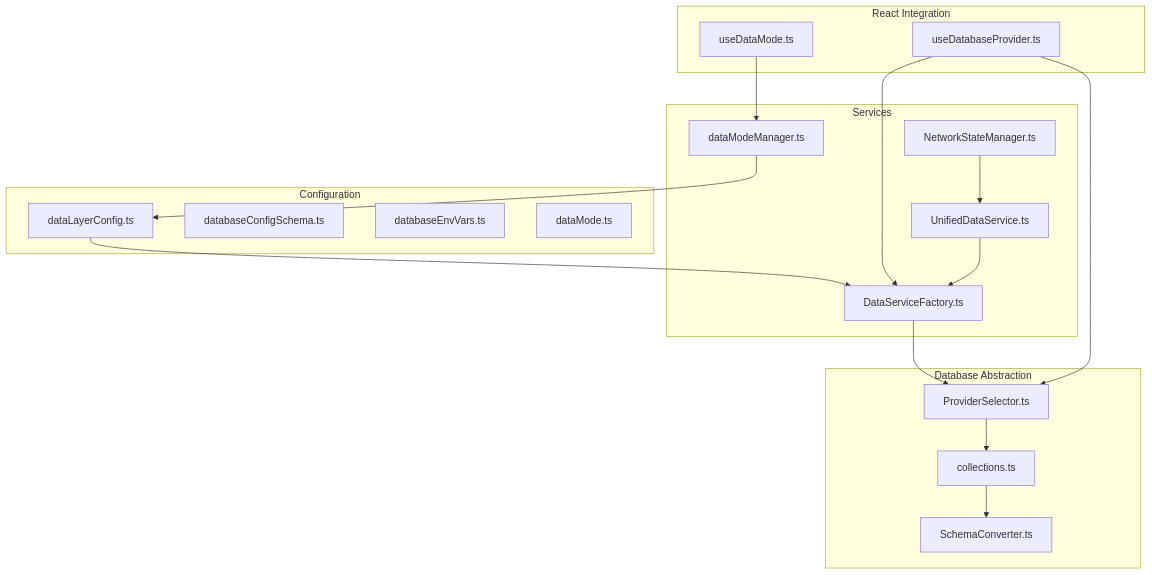
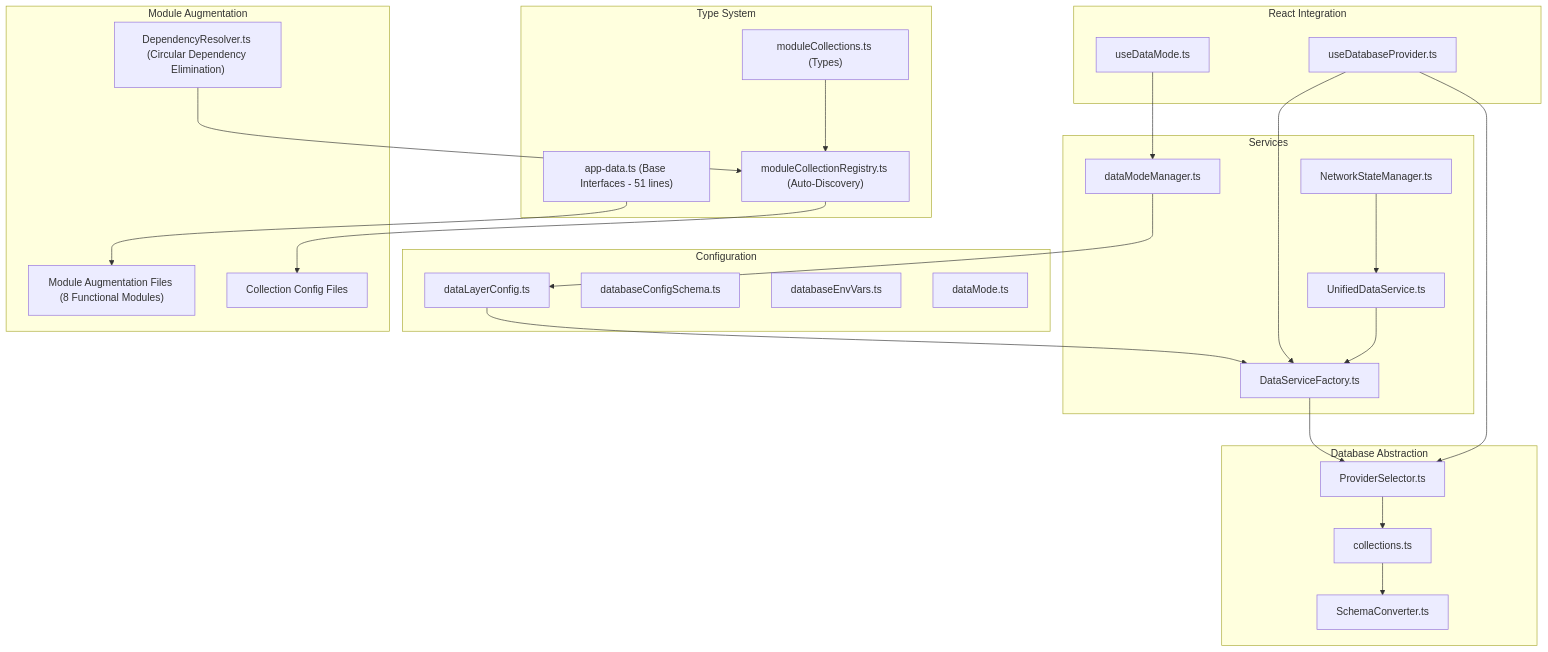
Before and after one commit to geniusdynamics/schoolpilot: the first of 14 diagrams in .qoder/repowiki/en/content/Data Layer/Data Layer.md, drawn with Mermaid. The commit also changed other lines of this file and 54 other files, not shown here.

````diff
--- a/.qoder/repowiki/en/content/Data Layer/Data Layer.md
+++ b/.qoder/repowiki/en/content/Data Layer/Data Layer.md
@@ -42,34 +67,48 @@
 ```mermaid
 graph TB
 subgraph "Configuration"
 A["dataLayerConfig.ts"]
 B["databaseConfigSchema.ts"]
 C["databaseEnvVars.ts"]
 D["dataMode.ts"]
 end
+subgraph "Type System"
+E["app-data.ts (Base Interfaces - 51 lines)"]
+F["moduleCollections.ts (Types)"]
+G["moduleCollectionRegistry.ts (Auto-Discovery)"]
+end
 subgraph "React Integration"
-E["useDatabaseProvider.ts"]
-F["useDataMode.ts"]
+H["useDatabaseProvider.ts"]
+I["useDataMode.ts"]
 end
 subgraph "Services"
-G["UnifiedDataService.ts"]
-H["DataServiceFactory.ts"]
-I["dataModeManager.ts"]
-J["NetworkStateManager.ts"]
+J["UnifiedDataService.ts"]
+K["DataServiceFactory.ts"]
+L["dataModeManager.ts"]
+M["NetworkStateManager.ts"]
 end
 subgraph "Database Abstraction"
-K["ProviderSelector.ts"]
-L["collections.ts"]
-M["SchemaConverter.ts"]
+N["ProviderSelector.ts"]
+O["collections.ts"]
+P["SchemaConverter.ts"]
 end
-A --> H
+subgraph "Module Augmentation"
+Q["Module Augmentation Files (8 Functional Modules)"]
+R["Collection Config Files"]
+S["DependencyResolver.ts (Circular Dependency Elimination)"]
+end
+A --> K
+K --> N
+N --> O
+O --> P
+E --> Q
+F --> G
+G --> R
 H --> K
-K --> L
-L --> M
-E --> H
-E --> K
-F --> I
-G --> H
-I --> A
-J --> G
+H --> N
+I --> L
+J --> K
+L --> A
+M --> J
+S --> G
 ```
````
